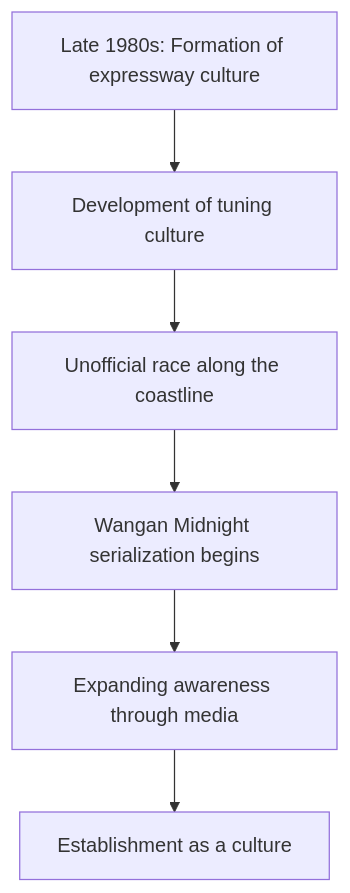
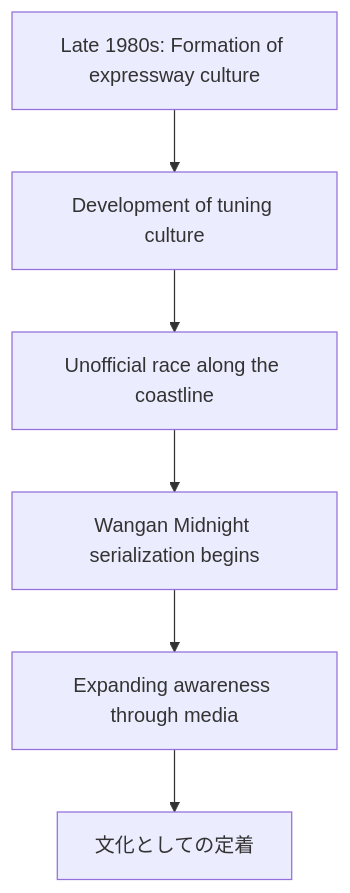
The first of 2 diagrams in en/_posts/2026-04-03-column-wangan-midnight.md (monumental-movement/monumental-movement.github.io), drawn with Mermaid before and after one commit. The commit also changed other lines of this file and 1012 other files, not shown here.

```diff
--- a/en/_posts/2026-04-03-column-wangan-midnight.md
+++ b/en/_posts/2026-04-03-column-wangan-midnight.md
@@ -147,8 +147,8 @@
 <div class="mermaid">
 graph TD
 A[Late 1980s: Formation of expressway culture] --> B[Development of tuning culture]
 B --> C[Unofficial race along the coastline]
 C --> D[Wangan Midnight serialization begins]
 D --> E[Expanding awareness through media]
-E --> F[Establishment as a culture]
+E --> F[文化としての定着]
 </div>
```
